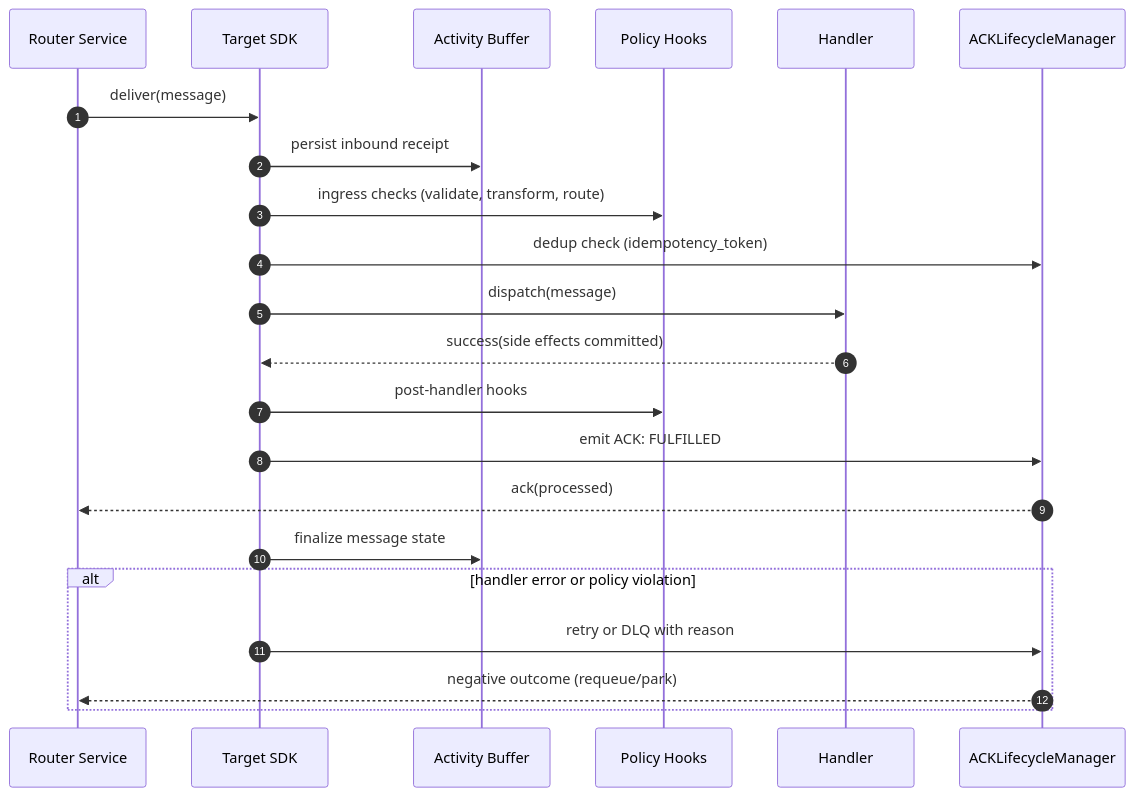
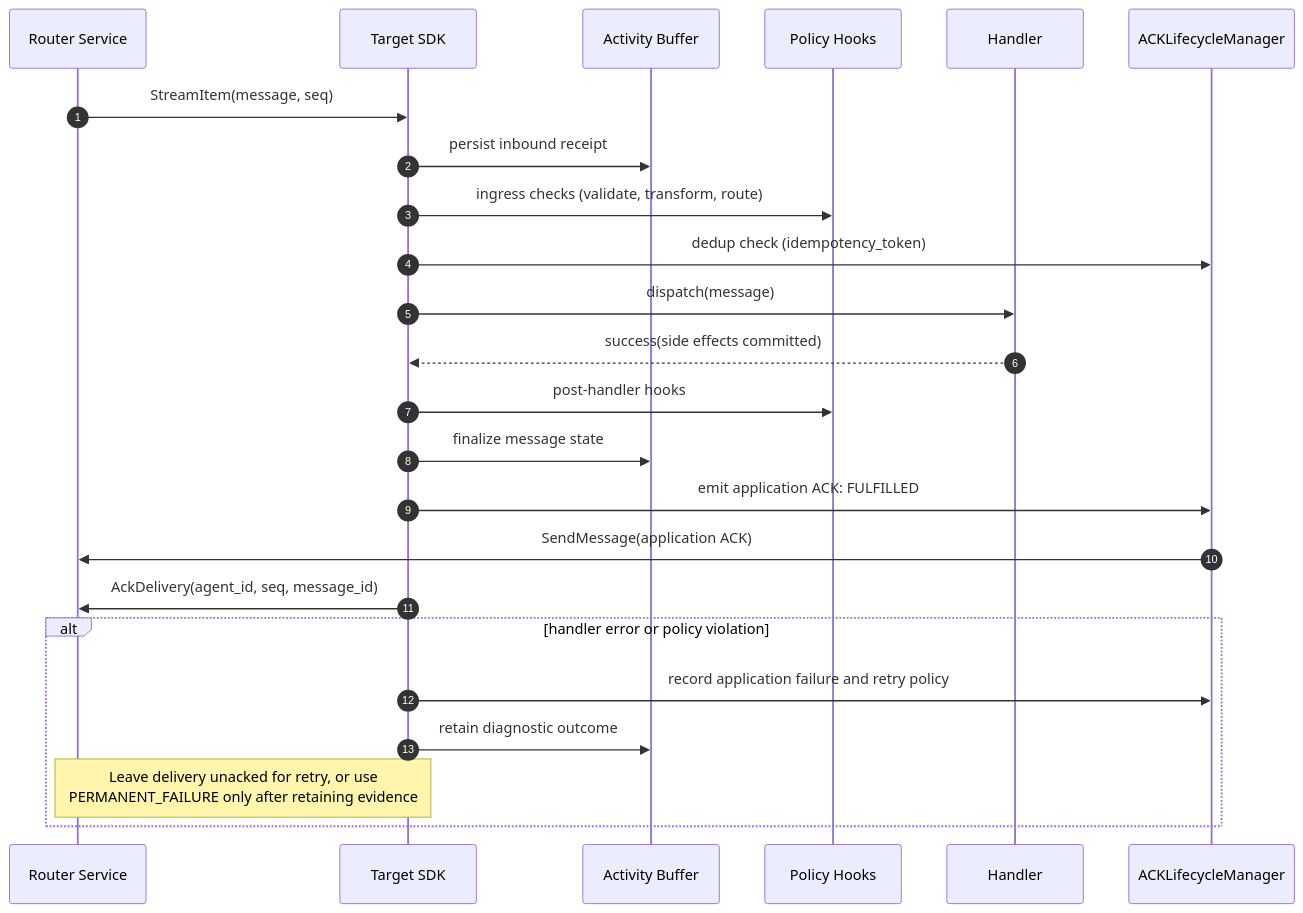
Before and after one commit to rahulrajaram/sw4rm: the fourth of 4 diagrams in documentation/architecture/index.md, drawn with Mermaid. The commit also changed other lines of this file and 59 other files, not shown here.

````diff
--- a/documentation/architecture/index.md
+++ b/documentation/architecture/index.md
@@ -165,26 +171,28 @@
 ```mermaid
 sequenceDiagram
     autonumber
     participant RTR as Router Service
     participant SDK as Target SDK
     participant AB as Activity Buffer
     participant POL as Policy Hooks
     participant HND as Handler
     participant ACK as ACKLifecycleManager
 
-    RTR->>SDK: deliver(message)
+    RTR->>SDK: StreamItem(message, seq)
     SDK->>AB: persist inbound receipt
     SDK->>POL: ingress checks (validate, transform, route)
     SDK->>ACK: dedup check (idempotency_token)
     SDK->>HND: dispatch(message)
     HND-->>SDK: success(side effects committed)
     SDK->>POL: post-handler hooks
-    SDK->>ACK: emit ACK: FULFILLED
-    ACK-->>RTR: ack(processed)
     SDK->>AB: finalize message state
+    SDK->>ACK: emit application ACK: FULFILLED
+    ACK->>RTR: SendMessage(application ACK)
+    SDK->>RTR: AckDelivery(agent_id, seq, message_id)
 
     alt handler error or policy violation
-      SDK->>ACK: retry or DLQ with reason
-      ACK-->>RTR: negative outcome (requeue/park)
+      SDK->>ACK: record application failure and retry policy
+      SDK->>AB: retain diagnostic outcome
+      note over SDK,RTR: Leave delivery unacked for retry, or use<br/>PERMANENT_FAILURE only after retaining evidence
     end
 ```
````
